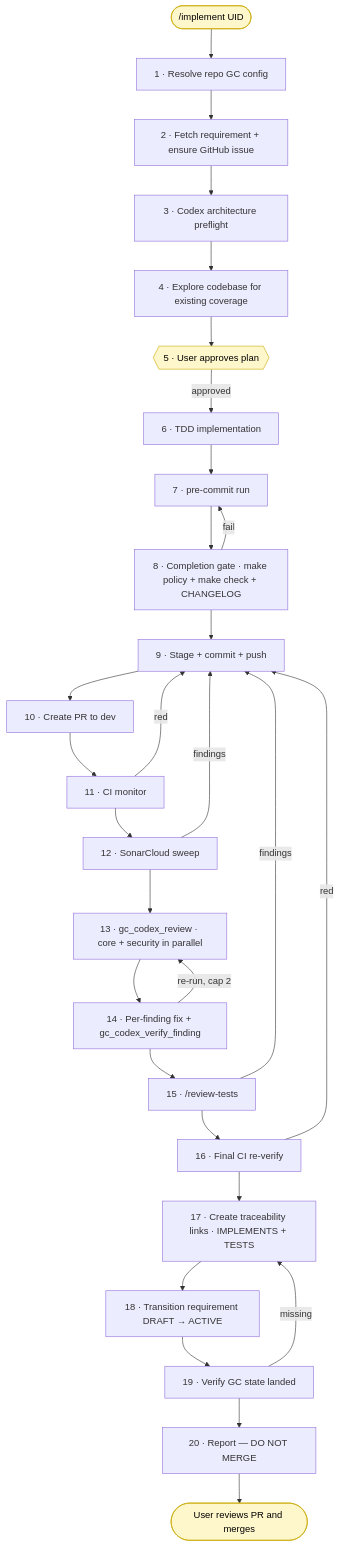
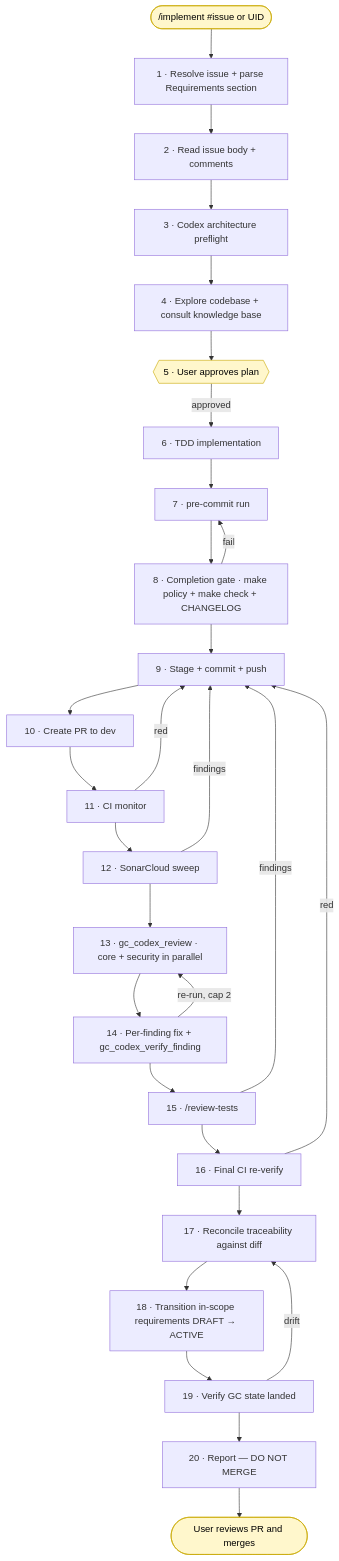
Before and after one commit to KeplerOps/Ground-Control: the diagram in docs/DEVELOPMENT_WORKFLOW.md, drawn with Mermaid. The commit also changed other lines of this file and 1 other file, not shown here.

````diff
--- a/docs/DEVELOPMENT_WORKFLOW.md
+++ b/docs/DEVELOPMENT_WORKFLOW.md
@@ -57,58 +62,58 @@
 ```mermaid
 flowchart TB
-  Start([/implement UID])
-  S1[1 · Resolve repo GC config]
-  S2[2 · Fetch requirement + ensure GitHub issue]
+  Start([/implement #issue or UID])
+  S1[1 · Resolve issue + parse Requirements section]
+  S2[2 · Read issue body + comments]
   S3[3 · Codex architecture preflight]
-  S4[4 · Explore codebase for existing coverage]
+  S4[4 · Explore codebase + consult knowledge base]
   S5{{5 · User approves plan}}
   S6[6 · TDD implementation]
   S7[7 · pre-commit run]
   S8[8 · Completion gate · make policy + make check + CHANGELOG]
   S9[9 · Stage + commit + push]
   S10[10 · Create PR to dev]
   S11[11 · CI monitor]
   S12[12 · SonarCloud sweep]
   S13[13 · gc_codex_review · core + security in parallel]
   S14[14 · Per-finding fix + gc_codex_verify_finding]
   S15[15 · /review-tests]
   S16[16 · Final CI re-verify]
-  S17[17 · Create traceability links · IMPLEMENTS + TESTS]
-  S18[18 · Transition requirement DRAFT → ACTIVE]
+  S17[17 · Reconcile traceability against diff]
+  S18[18 · Transition in-scope requirements DRAFT → ACTIVE]
   S19[19 · Verify GC state landed]
   S20[20 · Report — DO NOT MERGE]
   End([User reviews PR and merges])
 
   Start --> S1
   S1 --> S2
   S2 --> S3
   S3 --> S4
   S4 --> S5
   S5 -->|approved| S6
   S6 --> S7
   S7 --> S8
   S8 --> S9
   S9 --> S10
   S10 --> S11
   S11 --> S12
   S12 --> S13
   S13 --> S14
   S14 --> S15
   S15 --> S16
   S16 --> S17
   S17 --> S18
   S18 --> S19
   S19 --> S20
   S20 --> End
 
   S8 -->|fail| S7
   S11 -->|red| S9
   S12 -->|findings| S9
   S14 -->|re-run, cap 2| S13
   S15 -->|findings| S9
   S16 -->|red| S9
-  S19 -->|missing| S17
+  S19 -->|drift| S17
 
   classDef user fill:#fff7cc,stroke:#c9a900,color:#000
   class S5,Start,End user
 ```
````
